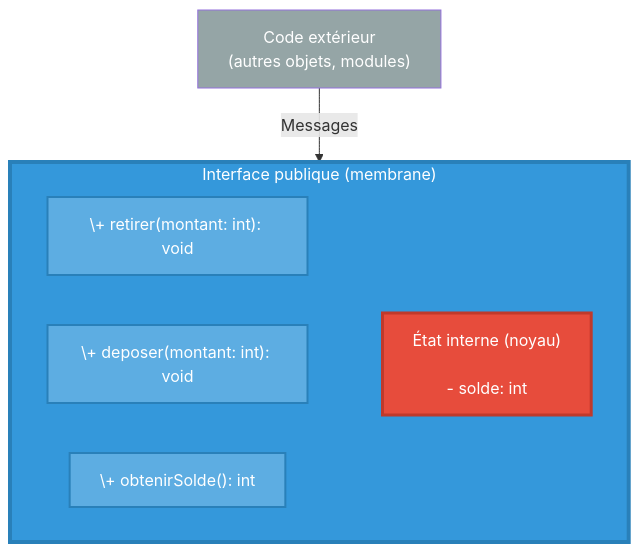
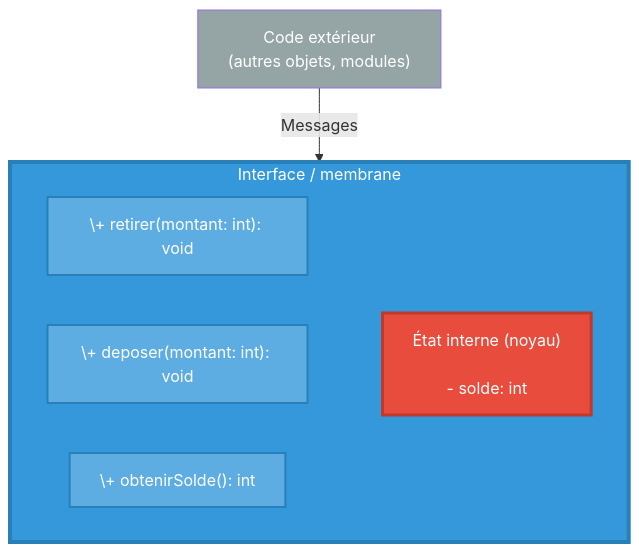
One commit to AlexDmr/l3m-2026-2027-apo changed the diagram in Cours/BasesPOO/pourquoi-des-objets.md. Above: the diagram before and after it, drawn with Mermaid.

Commit message:
update Cours/BasesPOO/pourquoi-des-objets.md from ptf-ens

````diff
--- a/Cours/BasesPOO/pourquoi-des-objets.md
+++ b/Cours/BasesPOO/pourquoi-des-objets.md
@@ -61,25 +61,25 @@
 ```mermaid
 graph TB
     EXT["Code extérieur<br/>(autres objets, modules)"]
     
-    subgraph MEMBRANE["Interface publique (membrane)"]
+    subgraph MEMBRANE["Interface / membrane"]
         M1["\+ retirer(montant: int): void"]
         M2["\+ deposer(montant: int): void"]
         M3["\+ obtenirSolde(): int"]
         
         NOYAU["État interne (noyau)<br/><br/>- solde: int<br/>"]
         
         M1 ~~~ NOYAU
         M2 ~~~ NOYAU
         M3 ~~~ NOYAU
     end
     
     EXT -->|"Messages"| MEMBRANE
     
     style MEMBRANE fill:#3498db,stroke:#2980b9,stroke-width:4px,color:#fff
     style NOYAU fill:#e74c3c,stroke:#c0392b,stroke-width:3px,color:#fff
     style M1 fill:#5dade2,stroke:#2980b9,stroke-width:2px,color:#fff
     style M2 fill:#5dade2,stroke:#2980b9,stroke-width:2px,color:#fff
     style M3 fill:#5dade2,stroke:#2980b9,stroke-width:2px,color:#fff
     style EXT fill:#95a5a6,color:#fff
 ```
````
